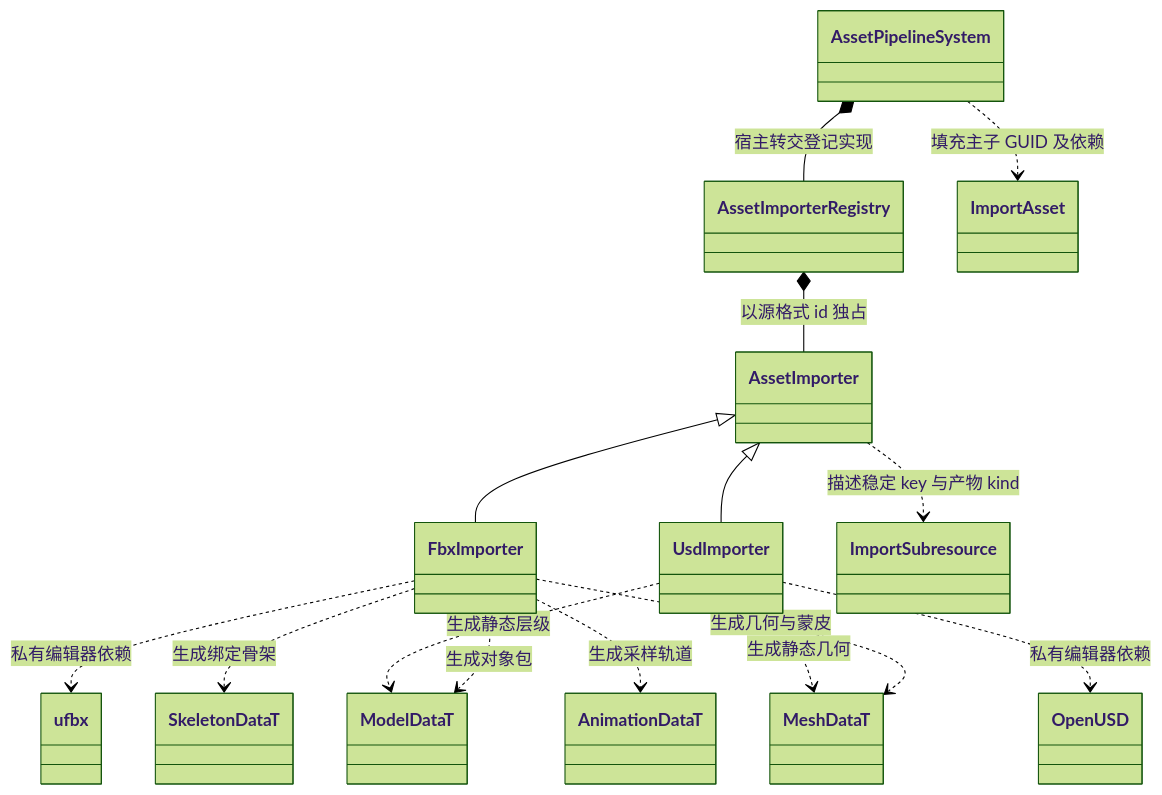
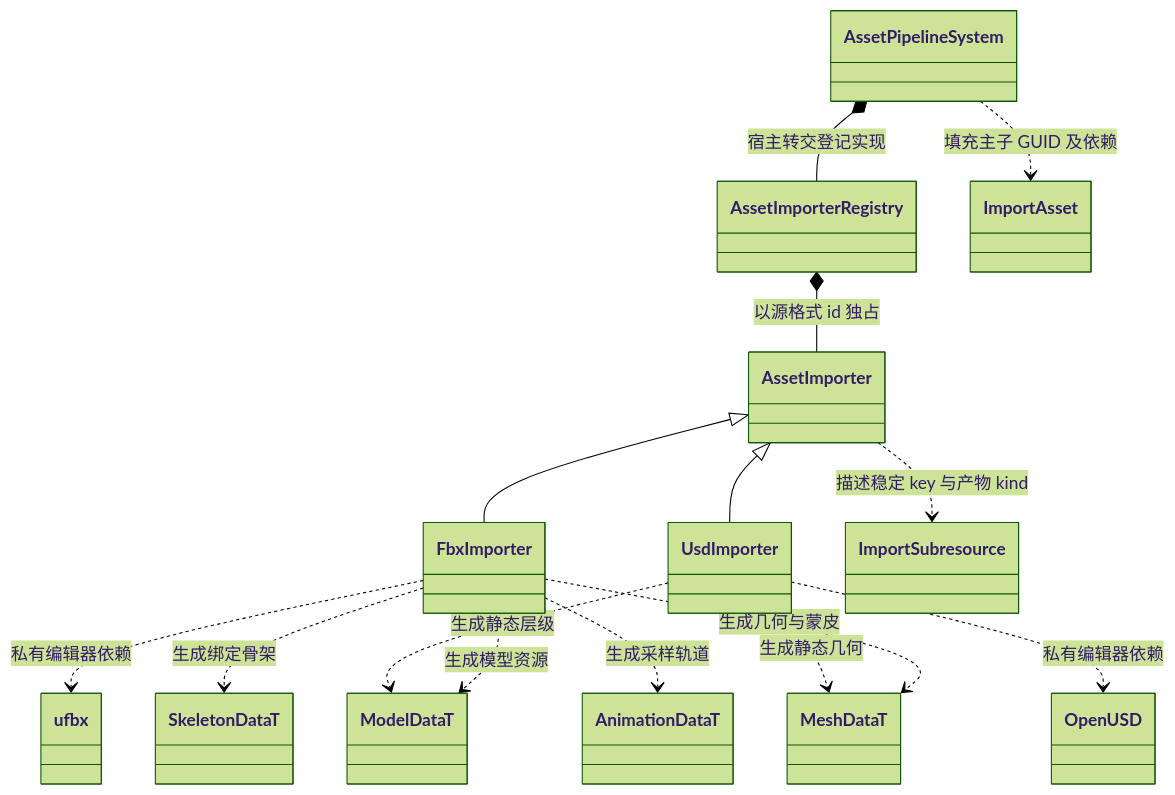
Diagram 32 of 34 in docs/class-diagrams/references.md (lcals/Engine), drawn with Mermaid (forest theme) before and after one commit. The commit also changed other lines of this file and 2455 other files, not shown here.

````diff
--- a/docs/class-diagrams/references.md
+++ b/docs/class-diagrams/references.md
@@ -932,30 +941,30 @@
 ```mermaid
 classDiagram
     class AssetPipelineSystem
     class AssetImporterRegistry
     class AssetImporter
     class FbxImporter
     class UsdImporter
     class ImportAsset
     class ImportSubresource
     class ModelDataT
     class MeshDataT
     class SkeletonDataT
     class AnimationDataT
     class ufbx
     class OpenUSD
     AssetPipelineSystem *-- AssetImporterRegistry : 宿主转交登记实现
     AssetImporterRegistry *-- AssetImporter : 以源格式 id 独占
     AssetImporter <|-- FbxImporter
     AssetImporter <|-- UsdImporter
     AssetImporter ..> ImportSubresource : 描述稳定 key 与产物 kind
     AssetPipelineSystem ..> ImportAsset : 填充主子 GUID 及依赖
     FbxImporter ..> ufbx : 私有编辑器依赖
     UsdImporter ..> OpenUSD : 私有编辑器依赖
-    FbxImporter ..> ModelDataT : 生成对象包
+    FbxImporter ..> ModelDataT : 生成模型资源
     FbxImporter ..> MeshDataT : 生成几何与蒙皮
     FbxImporter ..> SkeletonDataT : 生成绑定骨架
     FbxImporter ..> AnimationDataT : 生成采样轨道
     UsdImporter ..> ModelDataT : 生成静态层级
     UsdImporter ..> MeshDataT : 生成静态几何
 ```
````
